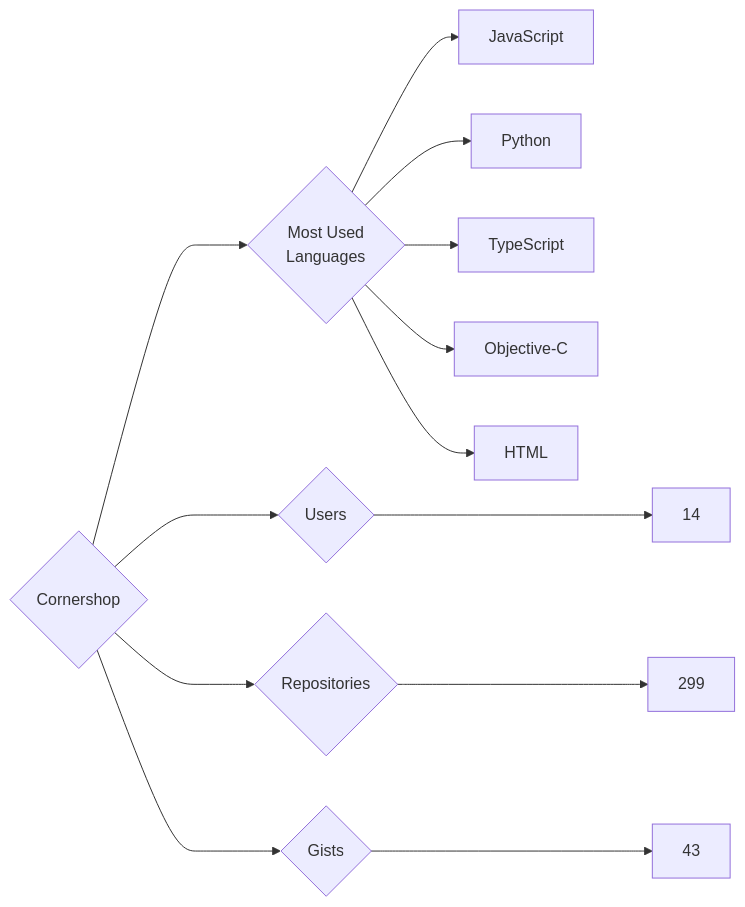
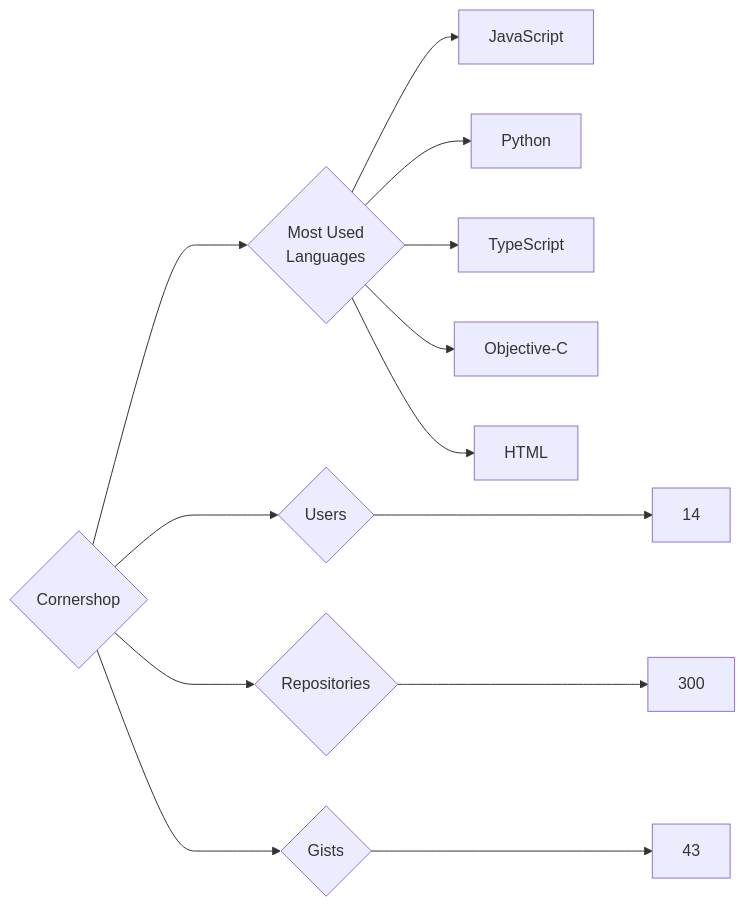
One commit to trickest/insiders changed the diagram in targets/Cornershop/README.md. Above: the diagram before and after it, drawn with Mermaid. The commit also changed 1030 other files, not shown here.

````diff
--- a/targets/Cornershop/README.md
+++ b/targets/Cornershop/README.md
@@ -3,13 +3,13 @@
 ```mermaid
 graph LR
 COMPANY_NAME{Cornershop}
 COMPANY_NAME ---> U{Users} ---> UN[14]
-COMPANY_NAME ---> R{Repositories} ---> RN[299]
+COMPANY_NAME ---> R{Repositories} ---> RN[300]
 COMPANY_NAME ---> G{Gists} ---> GN[43]
 COMPANY_NAME ---> ML{Most Used<br>Languages}
 ML --> JavaScript[JavaScript]
 ML --> Python[Python]
 ML --> TypeScript[TypeScript]
 ML --> Objective-C[Objective-C]
 ML --> HTML[HTML]
 ```
````
